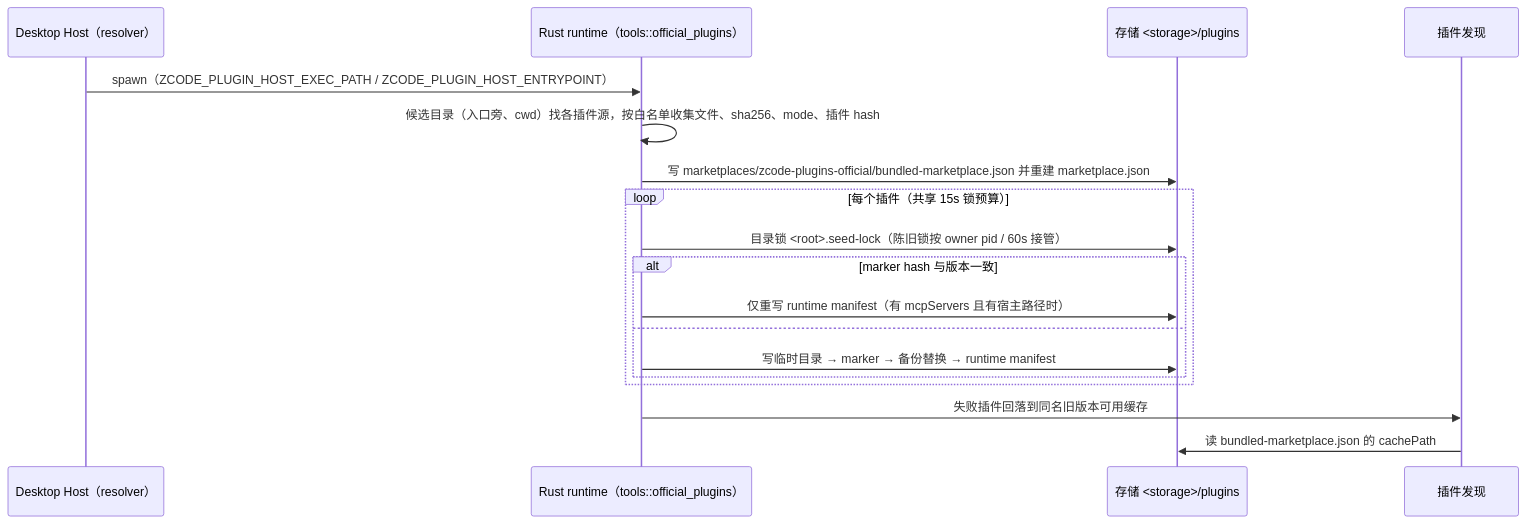
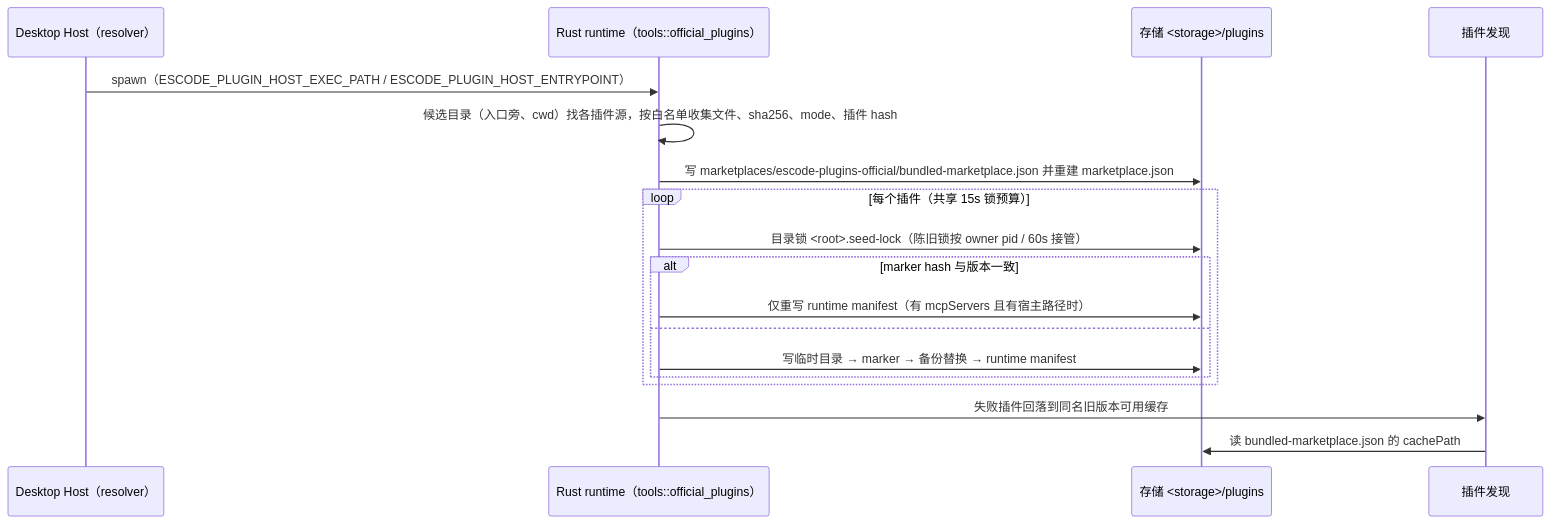
The diagram in docs/specs/rust-official-plugin-seed.md (sekfung/ESCode), drawn with Mermaid before and after one commit. The commit also changed other lines of this file and 5993 other files, not shown here.

````diff
--- a/docs/specs/rust-official-plugin-seed.md
+++ b/docs/specs/rust-official-plugin-seed.md
@@ -9,20 +9,20 @@
 ```mermaid
 sequenceDiagram
   participant H as Desktop Host（resolver）
   participant R as Rust runtime（tools::official_plugins）
   participant S as 存储 <storage>/plugins
   participant D as 插件发现
-  H->>R: spawn（ZCODE_PLUGIN_HOST_EXEC_PATH / ZCODE_PLUGIN_HOST_ENTRYPOINT）
+  H->>R: spawn（ESCODE_PLUGIN_HOST_EXEC_PATH / ESCODE_PLUGIN_HOST_ENTRYPOINT）
   R->>R: 候选目录（入口旁、cwd）找各插件源，按白名单收集文件、sha256、mode、插件 hash
-  R->>S: 写 marketplaces/zcode-plugins-official/bundled-marketplace.json 并重建 marketplace.json
+  R->>S: 写 marketplaces/escode-plugins-official/bundled-marketplace.json 并重建 marketplace.json
   loop 每个插件（共享 15s 锁预算）
     R->>S: 目录锁 <root>.seed-lock（陈旧锁按 owner pid / 60s 接管）
     alt marker hash 与版本一致
       R->>S: 仅重写 runtime manifest（有 mcpServers 且有宿主路径时）
     else
       R->>S: 写临时目录 → marker → 备份替换 → runtime manifest
     end
   end
   R->>D: 失败插件回落到同名旧版本可用缓存
   D->>S: 读 bundled-marketplace.json 的 cachePath
 ```
````
